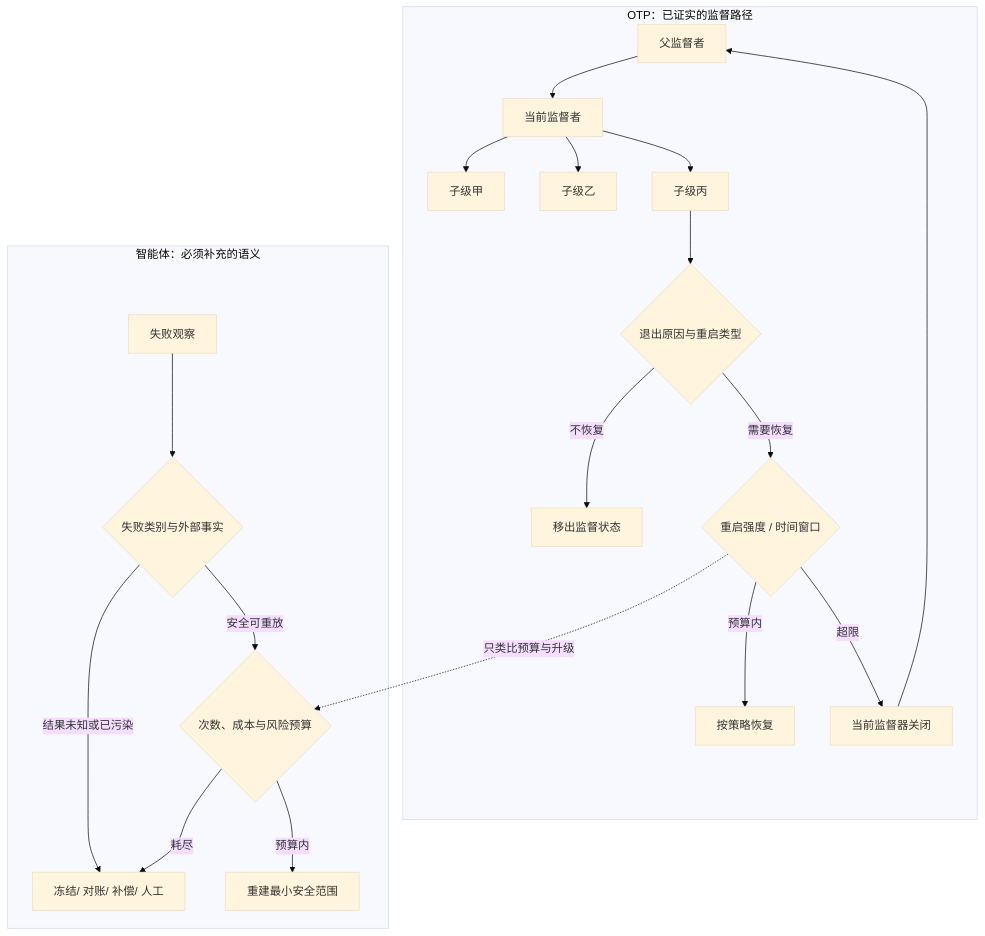
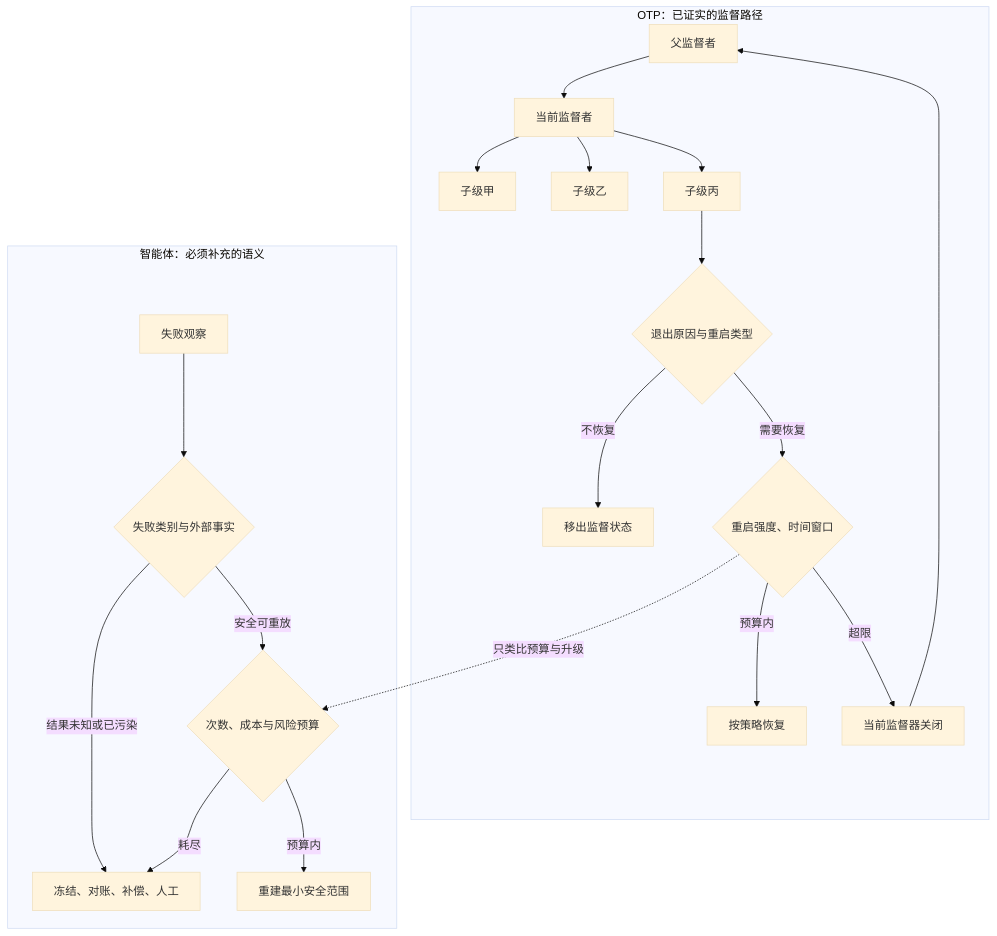
The diagram in content/cases/erlang-otp-supervision-tree.mdx (sealday/tego-arch), drawn with Mermaid (base theme) before and after one commit. The commit also changed other lines of this file and 33 other files, not shown here.

````diff
--- a/content/cases/erlang-otp-supervision-tree.mdx
+++ b/content/cases/erlang-otp-supervision-tree.mdx
@@ -105,25 +105,25 @@
 ```mermaid
 flowchart TB
     subgraph OTP["OTP：已证实的监督路径"]
         P["父监督者"] --> S["当前监督者"]
         S --> A["子级甲"]
         S --> B["子级乙"]
         S --> C["子级丙"]
         C --> X{"退出原因与重启类型"}
         X -->|"不恢复"| N["移出监督状态"]
-        X -->|"需要恢复"| R{"重启强度 / 时间窗口"}
+        X -->|"需要恢复"| R{"重启强度、时间窗口"}
         R -->|"预算内"| ST["按策略恢复"]
         R -->|"超限"| SD["当前监督器关闭"]
         SD --> P
     end
 
     subgraph AG["智能体：必须补充的语义"]
         F["失败观察"] --> K{"失败类别与外部事实"}
         K -->|"安全可重放"| B1{"次数、成本与风险预算"}
-        K -->|"结果未知或已污染"| H["冻结/ 对账/ 补偿/ 人工"]
+        K -->|"结果未知或已污染"| H["冻结、对账、补偿、人工"]
         B1 -->|"预算内"| RR["重建最小安全范围"]
         B1 -->|"耗尽"| H
     end
 
     R -. "只类比预算与升级" .-> B1
 ```
````
